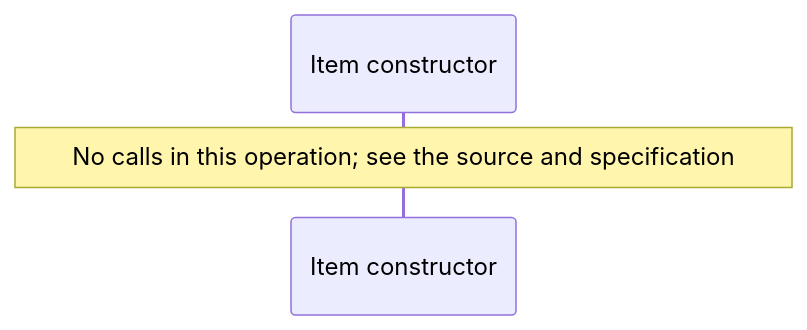
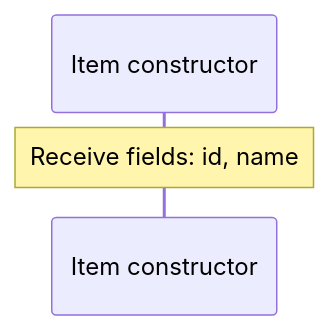
The second of 2 diagrams in benchmarks/records/data.aug.diagrams.md (GreenPandaStudios/augscript), drawn with Mermaid before and after one commit. The commit also changed 289 other files, not shown here.

Commit message:
Correct diagram control flow and complete generated wiki navigation

````diff
--- a/benchmarks/records/data.aug.diagrams.md
+++ b/benchmarks/records/data.aug.diagrams.md
@@ -29,6 +29,6 @@
 ```mermaid
 sequenceDiagram
     participant p0 as Item constructor
 
-    Note over p0: No calls in this operation#59; see the source and specification
+    Note over p0: Receive fields: id, name
 ```
````
